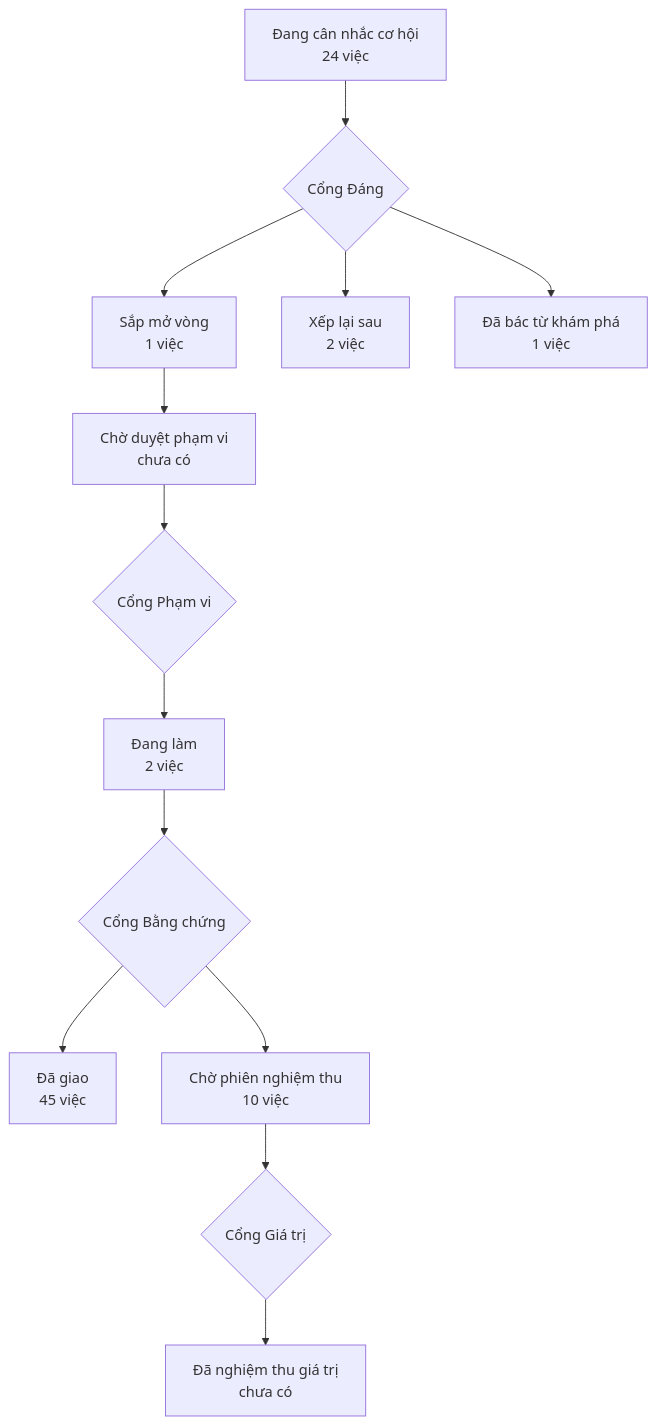
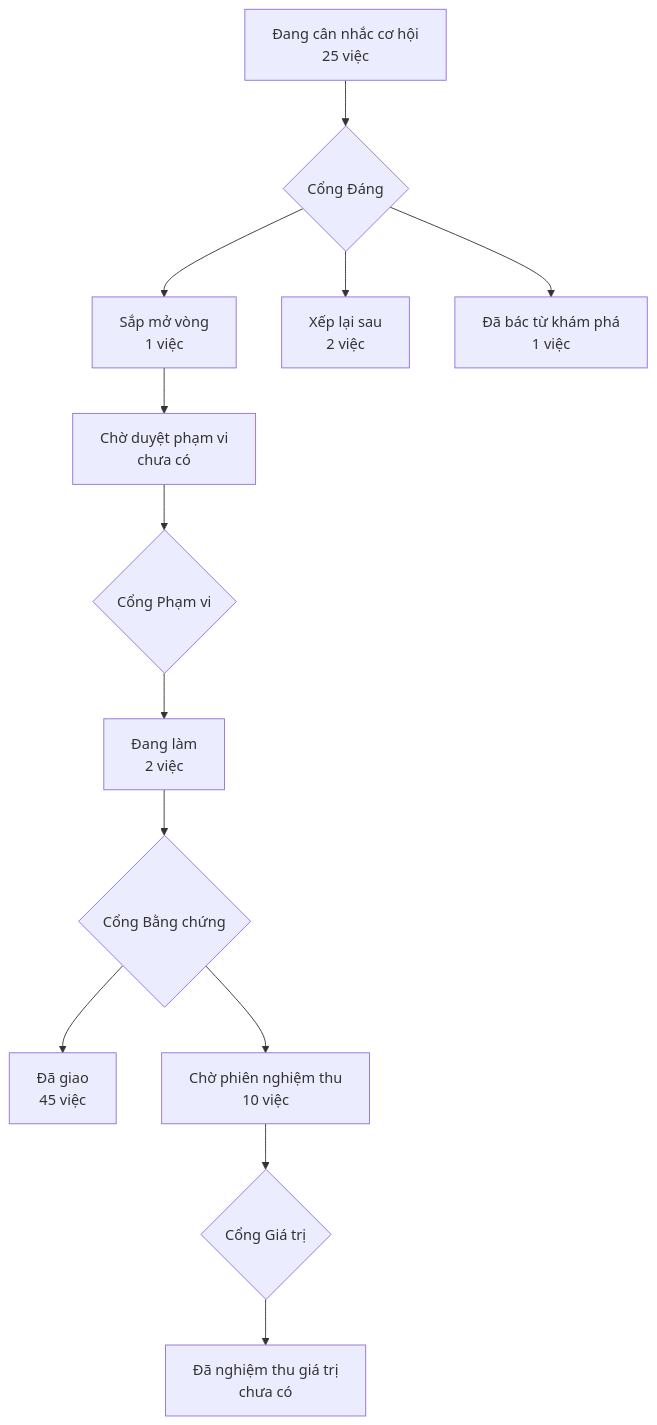
One commit to phanlemanh/acceptance-gate-kit changed the diagram in PRODUCT-MAP.md. Above: the diagram before and after it, drawn with Mermaid. The commit also changed other lines of this file, not shown here.

Commit message:
chore(product-map): vẽ lại bản đồ sau ô cơ hội mới của chip 08/09

````diff
--- a/PRODUCT-MAP.md
+++ b/PRODUCT-MAP.md
@@ -6,12 +6,12 @@
 ```mermaid
 flowchart TD
-  A["Đang cân nhắc cơ hội<br/>24 việc"] --> GD{"Cổng Đáng"}
+  A["Đang cân nhắc cơ hội<br/>25 việc"] --> GD{"Cổng Đáng"}
   GD --> B["Sắp mở vòng<br/>1 việc"]
   GD --> XL["Xếp lại sau<br/>2 việc"]
   GD --> DB["Đã bác từ khám phá<br/>1 việc"]
   B --> CD["Chờ duyệt phạm vi<br/>chưa có"] --> GP{"Cổng Phạm vi"}
   GP --> DL["Đang làm<br/>2 việc"] --> GB{"Cổng Bằng chứng"}
   GB --> DG["Đã giao<br/>45 việc"]
   GB --> CN["Chờ phiên nghiệm thu<br/>10 việc"] --> GG{"Cổng Giá trị"}
   GG --> NT["Đã nghiệm thu giá trị<br/>chưa có"]
 ```
````
